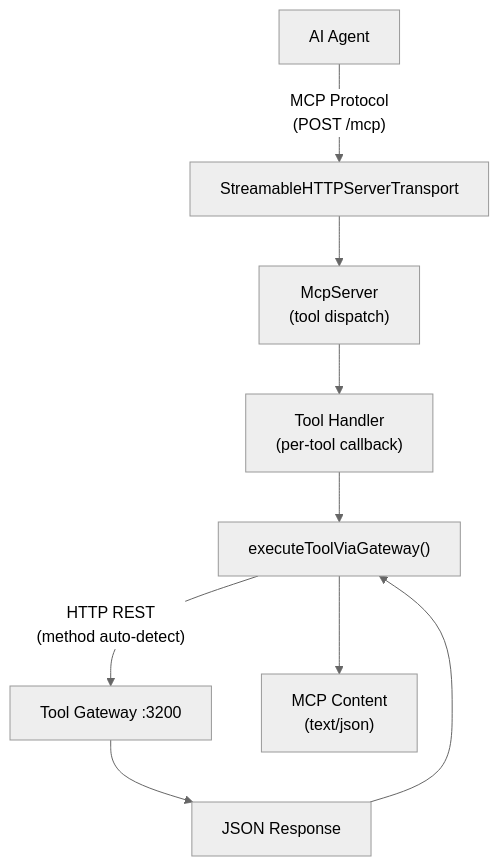
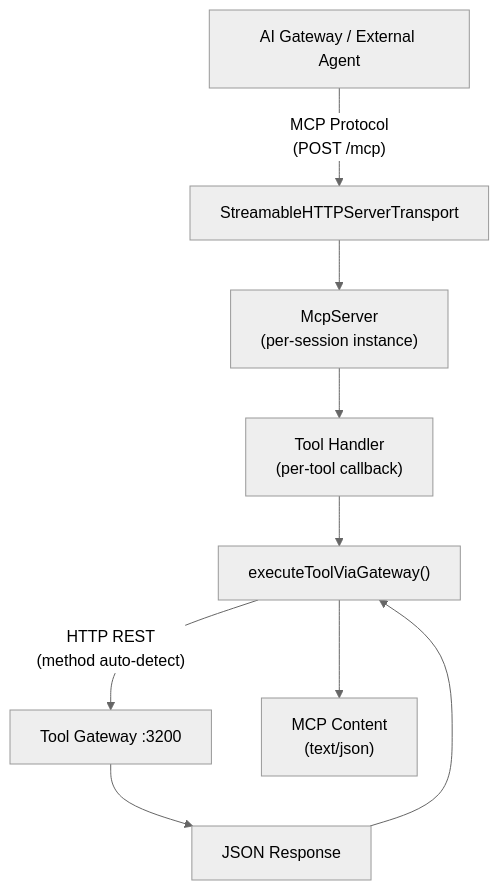
The fifth of 10 diagrams in system_architecture.md (lechautu/money-manager), drawn with Mermaid (neutral theme) before and after one commit. The commit also changed other lines of this file and 21 other files, not shown here.

Commit message:
feat: add AI chat overlay assets and update system documentation/mcp-server

````diff
--- a/system_architecture.md
+++ b/system_architecture.md
@@ -398,11 +530,11 @@
 ```mermaid
 flowchart TD
-    AI["AI Agent"] -->|"MCP Protocol\n(POST /mcp)"| Transport["StreamableHTTPServerTransport"]
-    Transport --> McpServer["McpServer\n(tool dispatch)"]
+    AI["AI Gateway / External Agent"] -->|"MCP Protocol\n(POST /mcp)"| Transport["StreamableHTTPServerTransport"]
+    Transport --> McpServer["McpServer\n(per-session instance)"]
     McpServer --> ToolHandler["Tool Handler\n(per-tool callback)"]
     ToolHandler --> Proxy["executeToolViaGateway()"]
     Proxy -->|"HTTP REST\n(method auto-detect)"| GW["Tool Gateway :3200"]
     GW --> Response["JSON Response"]
     Response --> Proxy
     Proxy --> Content["MCP Content\n(text/json)"]
 ```
````
